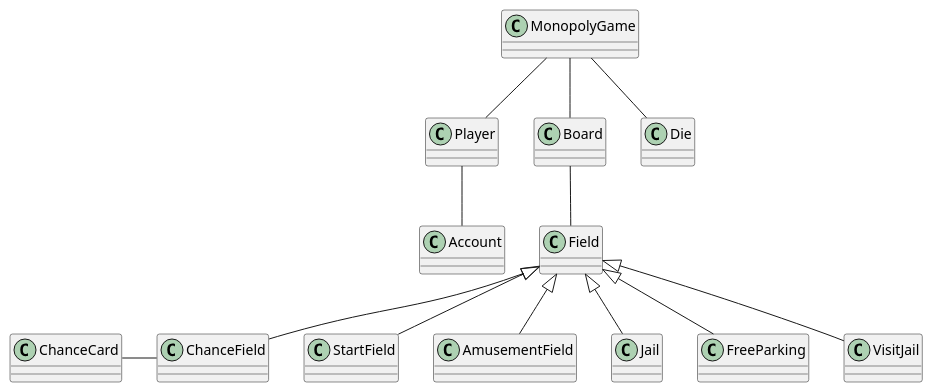
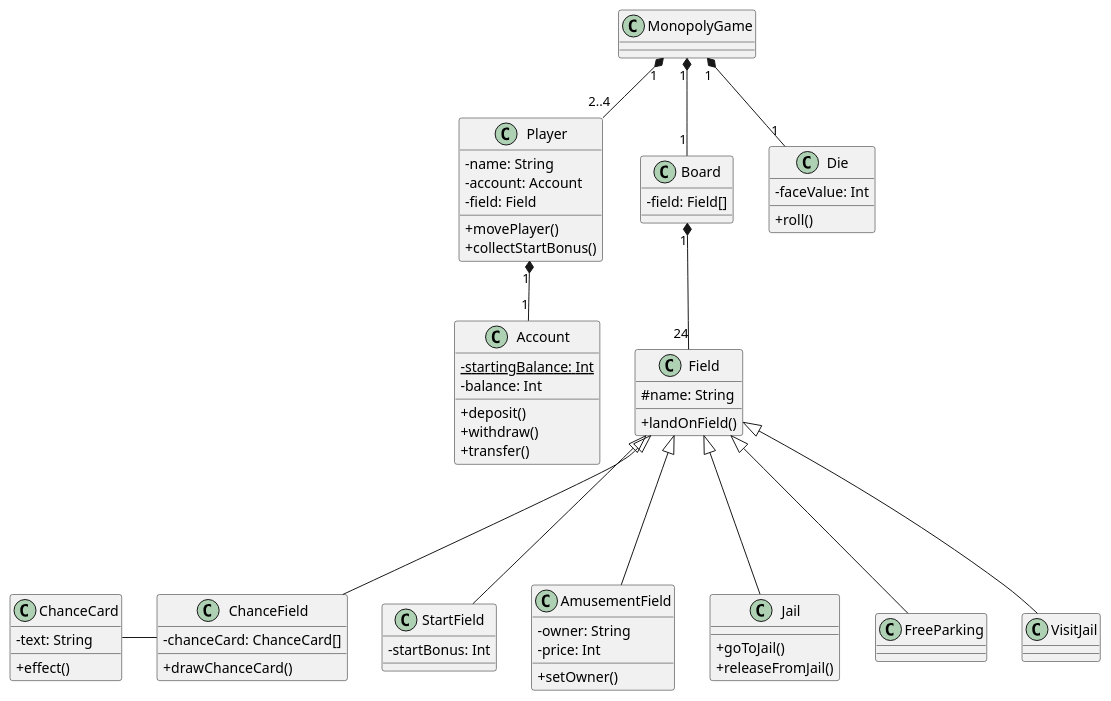
One commit to GabeKierk889/gruppe-18 changed the diagram in 18_del3/PlantUML/DesignClassModel.puml. Above: the diagram before and after it, drawn with PlantUML.

Commit message:
Finished class model

```diff
--- a/18_del3/PlantUML/DesignClassModel.puml
+++ b/18_del3/PlantUML/DesignClassModel.puml
@@ -1,71 +1,87 @@
 @startuml
 'https://plantuml.com/class-diagram
 skinparam classAttributeIconSize 0
 
 class MonopolyGame {
 
 }
 
 class Player {
-
+    -name: String
+    -account: Account
+    -field: Field
+    +movePlayer()
+    +collectStartBonus()
 }
 
 class Board {
-
+    -field: Field[]
 }
 
 class Field {
-
+    #name: String
+    +landOnField()
 }
 
 class Account {
-
+    {static}-startingBalance: Int
+    -balance: Int
+    +deposit()
+    +withdraw()
+    +transfer()
 }
 
 class Die {
-
+    -faceValue: Int
+    +roll()
 }
 
 class ChanceCard {
-
+    -text: String
+    +effect()
 }
 
 class StartField {
+    -startBonus: Int
 
 }
 
 class AmusementField {
-
+    -owner: String
+    -price: Int
+    +setOwner()
 }
 
 class ChanceField {
-
+    -chanceCard: ChanceCard[]
+    +drawChanceCard()
 }
 
 class Jail {
-
+    +goToJail()
+    +releaseFromJail()
 }
 
 class FreeParking {
 
 }
 
 class VisitJail {
 
 }
 
-MonopolyGame -- Board
-MonopolyGame -- Die
-MonopolyGame -- Player
-Player -- Account
-Board -- Field
-Field <|-- StartField
-Field <|-- AmusementField
-Field <|-- ChanceField
-Field <|-- Jail
-Field <|-- FreeParking
-Field <|-- VisitJail
+MonopolyGame "1" *-- "1" Board
+MonopolyGame "1" *-- "1" Die
+MonopolyGame "1" *-- "2..4" Player
+Player "1" *-- "1" Account
+Board "1" *-- "24" Field
+Field <|--- StartField
+Field <|--- AmusementField
+Field <|--- ChanceField
+Field <|--- Jail
+Field <|--- FreeParking
+Field <|--- VisitJail
 ChanceCard - ChanceField
 
 
 @enduml
```
